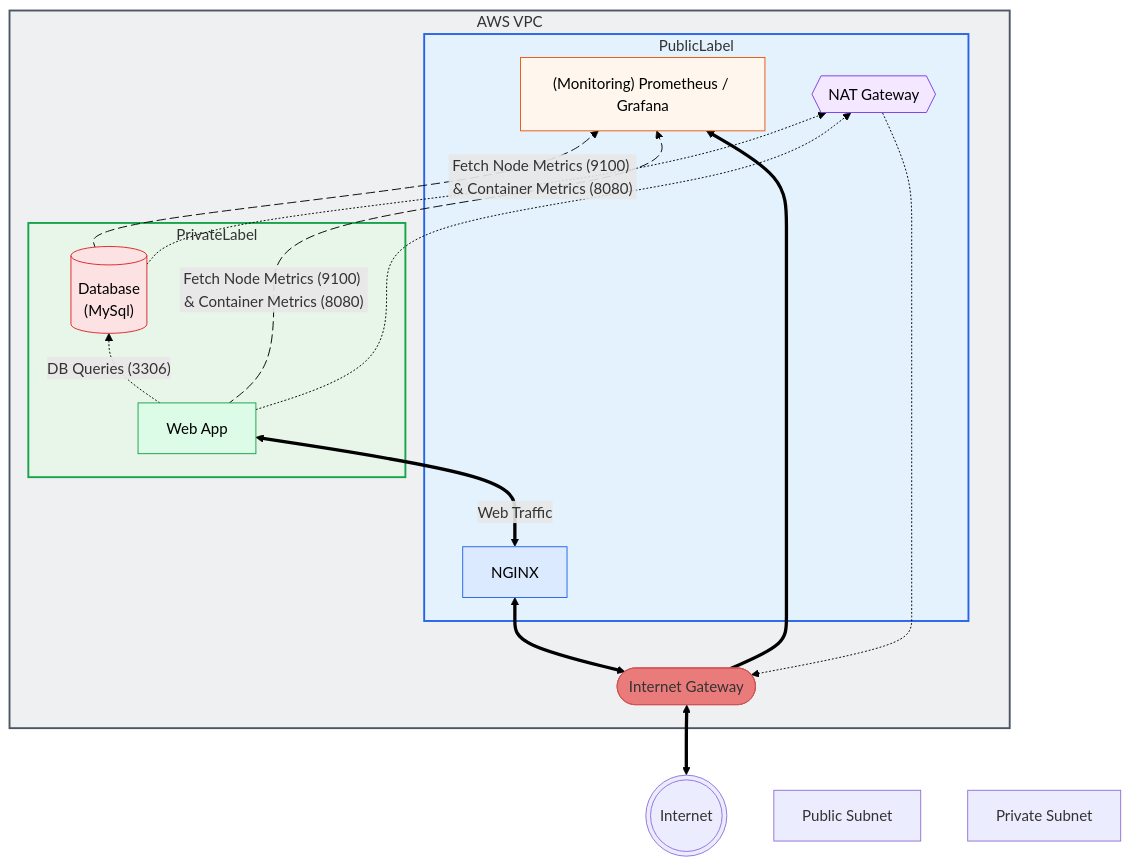
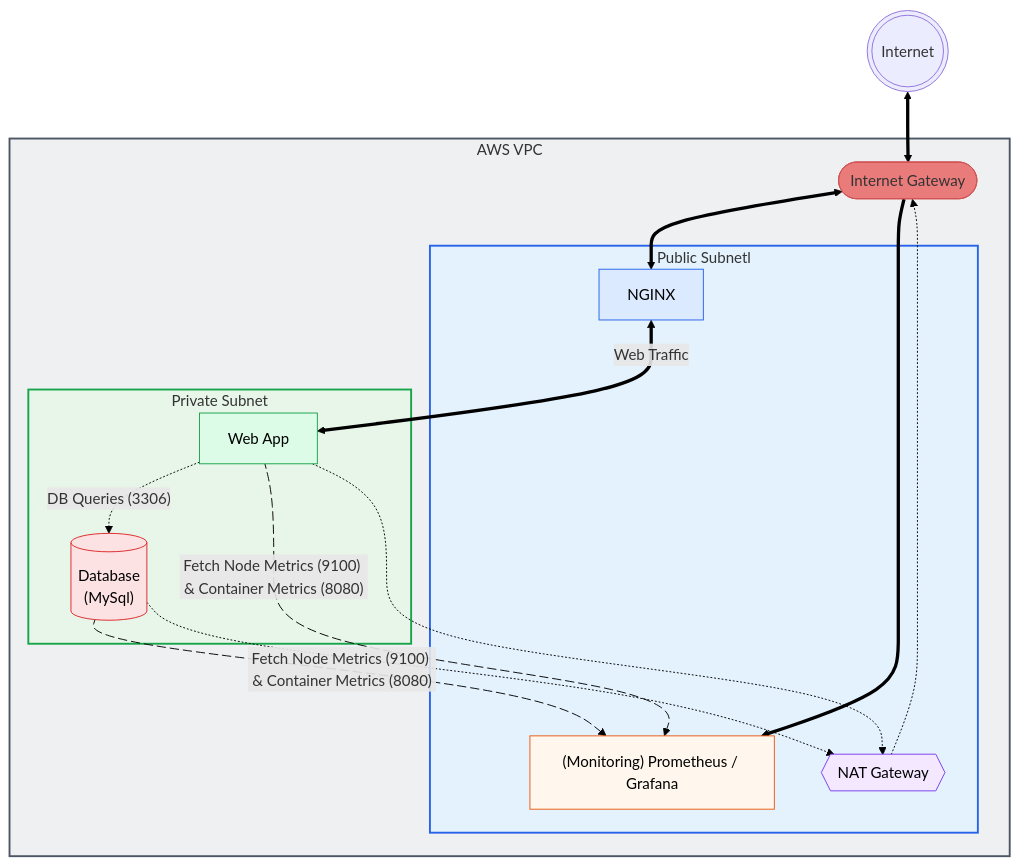
One commit to Jazzar101/learning-terraform-3087701 changed the diagram in README.md. Above: the diagram before and after it, drawn with Mermaid.

````diff
--- a/README.md
+++ b/README.md
@@ -6,59 +6,56 @@
 ```mermaid
-flowchart BT
+flowchart TB
     Internet(((Internet)))
     subgraph VPC[AWS VPC]
         IGW([Internet Gateway])
-        subgraph PublicSubnet[PublicLabel]
+        subgraph PublicSubnet[Public Subnetl]
             NAT{{NAT Gateway}}
             NGINX[NGINX]
             Monitoring["(Monitoring) Prometheus / Grafana"]
         end
 
-        subgraph PrivateSubnet[PrivateLabel]
+        subgraph PrivateSubnet[Private Subnet]
             App[Web App]
             DB[("Database\n(MySql)")]
         end
     end
 
     Internet <==> IGW
     IGW <==> NGINX
     NGINX <==>|Web Traffic| App
     App -.->|"DB Queries (3306)"| DB
     IGW ==> Monitoring
 
     App metricsApp@-->|"Fetch Node Metrics (9100) & Container Metrics (8080)"| Monitoring
     DB metricsDB@-->|"Fetch Node Metrics (9100) & Container Metrics (8080)"| Monitoring
 
     App -.-> NAT
     DB -.-> NAT
     NAT -.-> IGW
     
     metricsApp@{ animation: slow }    
     metricsDB@{ animation: slow }
 
     %% Node-only styling (GitHub safe)
     classDef ingress fill:#dbeafe,stroke:#2563eb,color:#000000
     classDef monitoring fill:#fff7ed,stroke:#ea580c,color:#000000
     classDef nat fill:#f3e8ff,stroke:#7c3aed,color:#000000
     classDef app fill:#dcfce7,stroke:#16a34a,color:#000000
     classDef db fill:#fde2e4,stroke:#dc2626,color:#000000
     classDef igw fill:#EA7B7B,stroke:#D25353,color:#00000
-    classDef PublicLabel fill:#e3f2fd,stroke:none,color:#111827,font-weight:bold
-    classDef Privatelabel fill:#e8f5e9,stroke:none,color:#111827,font-weight:bold
+    classDef PublicSubnet fill:#e3ffff,stroke:none,color:#111827,font-weight:bold
+    classDef PrivateSubnet fill:#e8ffff,stroke:none,color:#111827,font-weight:bold
 
     style VPC fill:#eef0f2,stroke:#4b5563,stroke-width:2px
     style PublicSubnet fill:#e3f2fd,stroke:#2563eb,stroke-width:2px
     style PrivateSubnet fill:#e8f5e9,stroke:#16a34a,stroke-width:2px    
  
     linkStyle default stroke:#000
-
-    PublicLabel["Public Subnet"]
-    PrivateLabel["Private Subnet"]
 
     class NGINX ingress
     class Monitoring monitoring
     class NAT nat
     class App app
     class DB db
     class IGW igw
 ```
````
